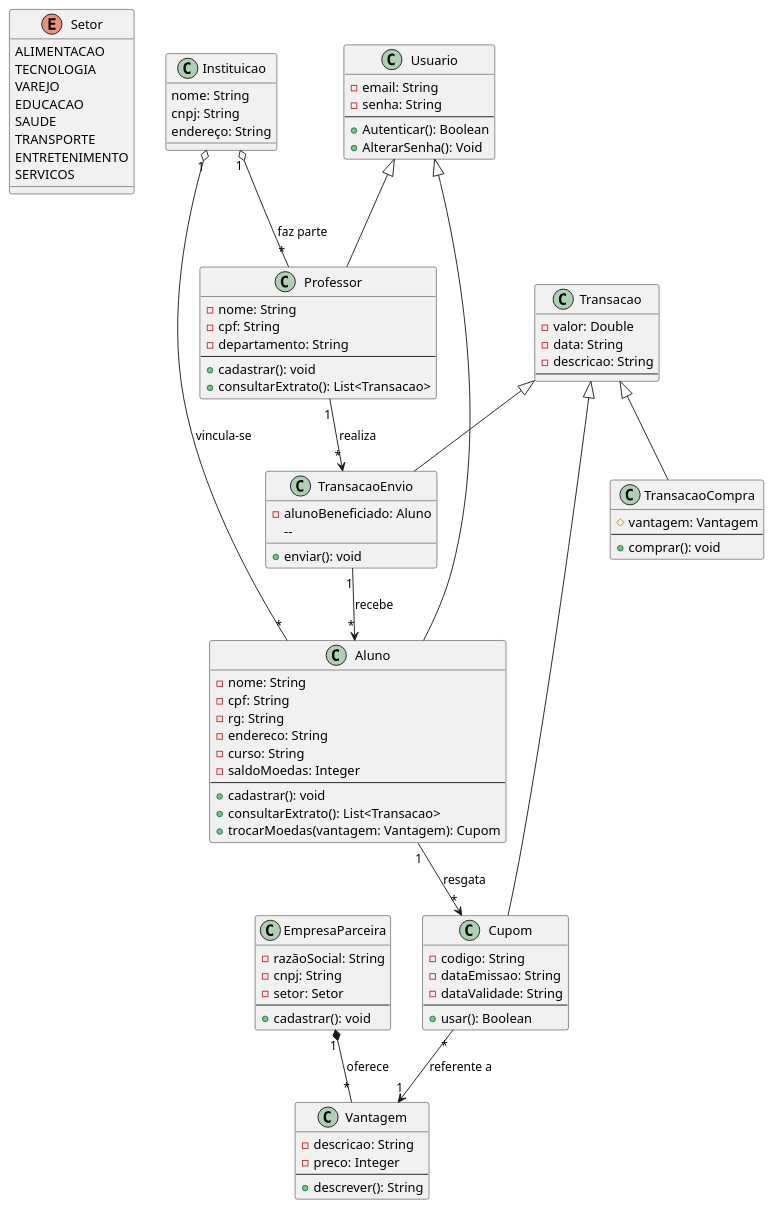
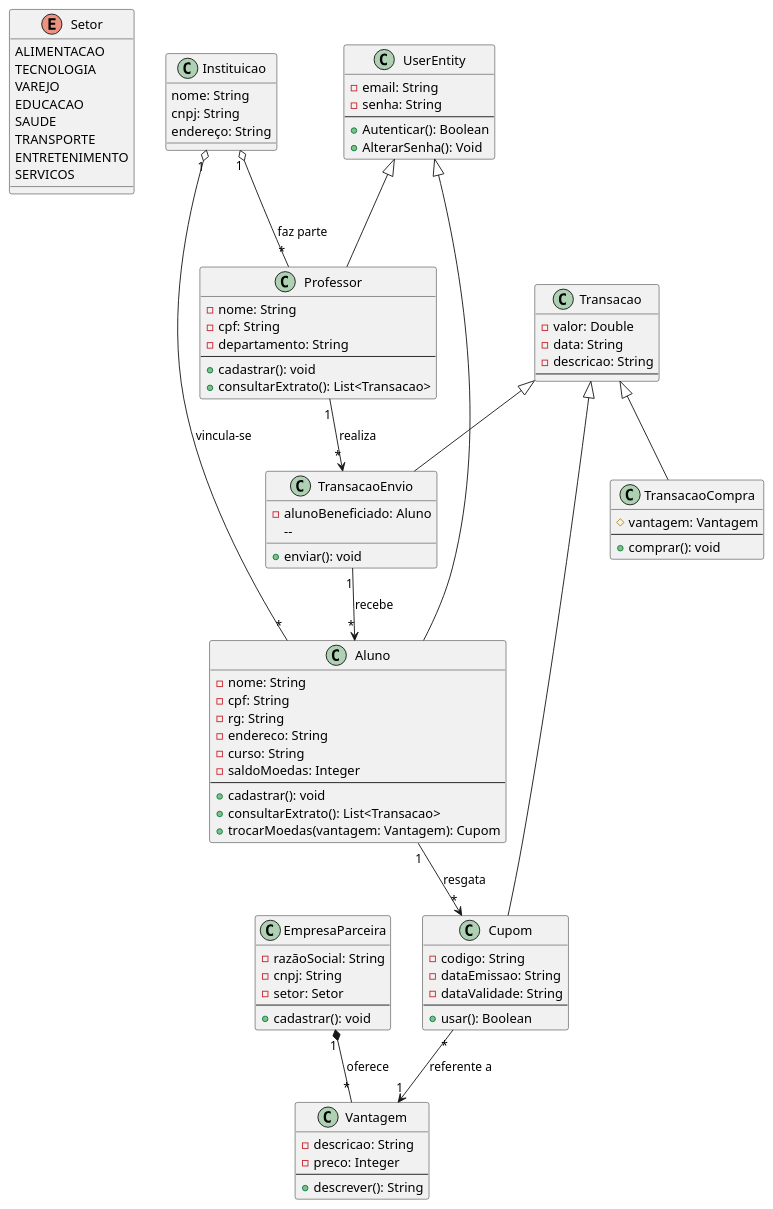
Before and after one commit to jjoaom/PS-PUCMG-StudentCoin: the diagram in docs/classe.puml, drawn with PlantUML. The commit also changed 23 other files, not shown here.

```diff
--- a/docs/classe.puml
+++ b/docs/classe.puml
@@ -1,113 +1,113 @@
 @startuml
 ' Classes do Sistema
 
 enum Setor {
     ALIMENTACAO
     TECNOLOGIA
     VAREJO
     EDUCACAO
     SAUDE
     TRANSPORTE
     ENTRETENIMENTO
     SERVICOS
 }
 
-class Usuario {
+class UserEntity {
     -email: String
     -senha: String
     --
     +Autenticar(): Boolean
     +AlterarSenha(): Void
 }
 
 class Instituicao {
     nome: String
     cnpj: String
     endereço: String
 }
 
 class Aluno {
     -nome: String
     -cpf: String
     -rg: String
     -endereco: String
     -curso: String
     -saldoMoedas: Integer
     --
     +cadastrar(): void
     +consultarExtrato(): List<Transacao>
     +trocarMoedas(vantagem: Vantagem): Cupom
 }
 
 class Professor {
     -nome: String
     -cpf: String
     -departamento: String
     --
     +cadastrar(): void
     +consultarExtrato(): List<Transacao>
 }
 
 class EmpresaParceira {
     -razãoSocial: String
     -cnpj: String
     -setor: Setor
     --
     +cadastrar(): void
 }
 
 class Transacao {
     -valor: Double
     -data: String
     -descricao: String
     --
 }
 
 class TransacaoEnvio {
    -alunoBeneficiado: Aluno
     --
     +enviar(): void
 }
 
 class TransacaoCompra {
     #{field} vantagem: Vantagem
     --
     +comprar(): void
 }
 
 class Cupom {
     -{field} codigo: String
     -{field} dataEmissao: String
     -{field} dataValidade: String
     --
     +usar(): Boolean
 }
 
 class Vantagem {
     -descricao: String
     -preco: Integer
     --
     +descrever(): String
 }
 
 ' Relacionamentos
 
-Usuario <|-- Aluno
-Usuario <|-- Professor
+UserEntity <|-- Aluno
+UserEntity <|-- Professor
 
 Instituicao "1" o-- "*" Aluno : vincula-se
 Instituicao "1" o-- "*" Professor : faz parte
 
 Professor "1" --> "*" TransacaoEnvio : realiza
 TransacaoEnvio "1" --> "*" Aluno : recebe
 
 Aluno "1" --> "*" Cupom : resgata
 
 Transacao <|-- TransacaoEnvio
 Transacao <|-- TransacaoCompra
 Transacao <|-- Cupom
 
 EmpresaParceira "1" *-- "*" Vantagem : oferece
 
 Cupom "*" --> "1" Vantagem : referente a
 @enduml
```
